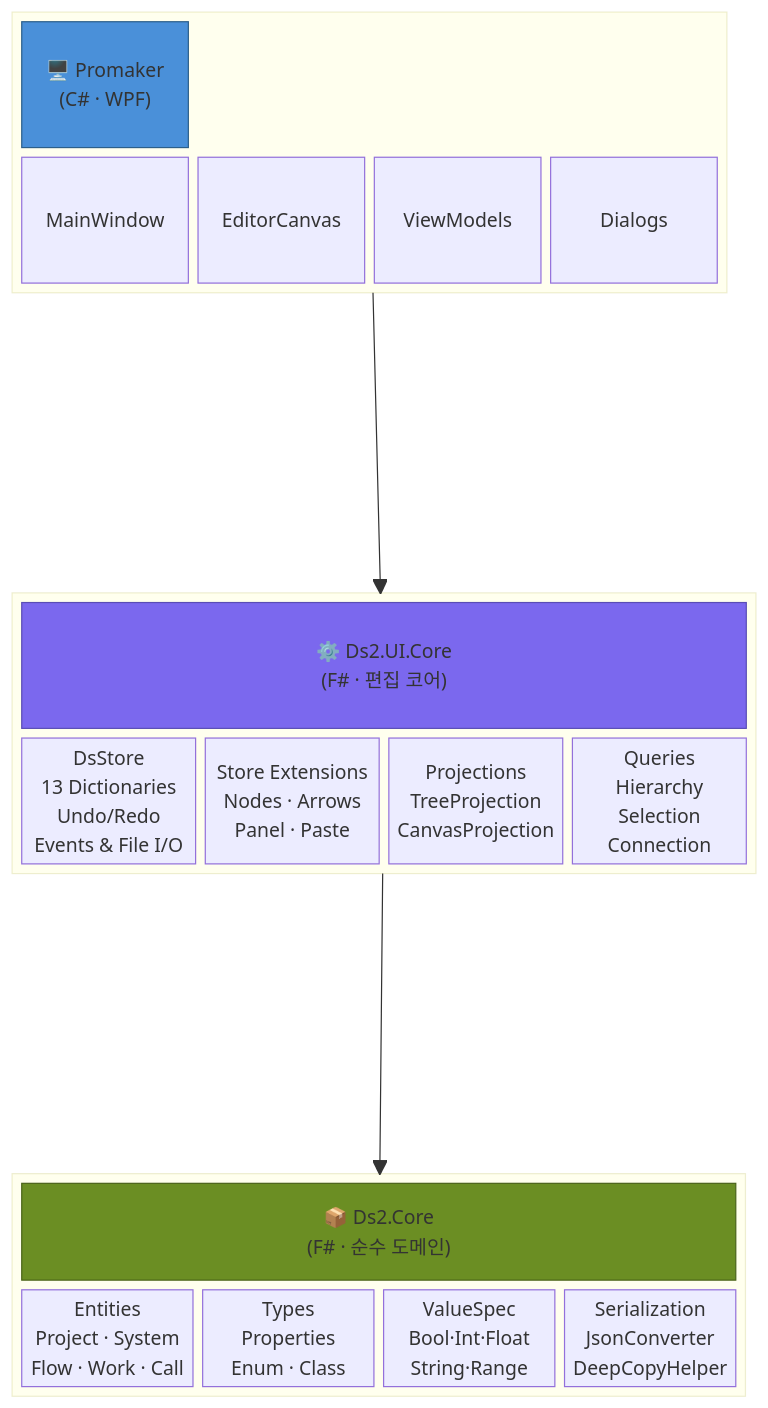
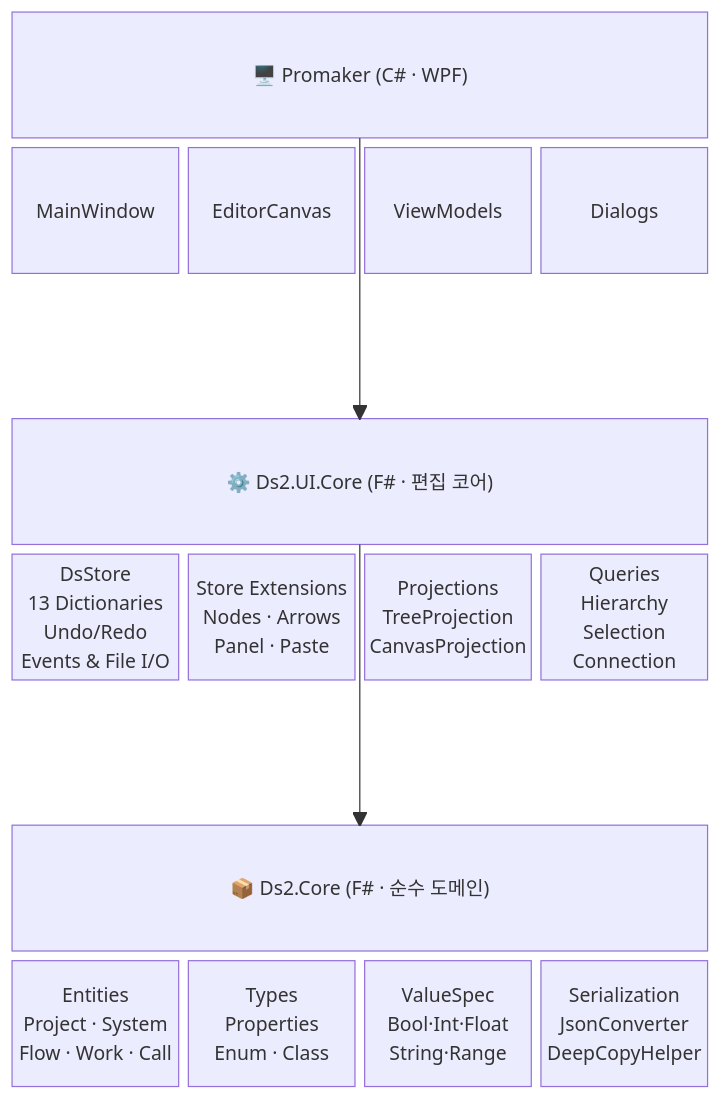
Before and after one commit to DualsoftDev/ds2: the second of 7 diagrams in README.md, drawn with Mermaid.

Commit message:
readme 깃허브 버그 대응

````diff
--- a/README.md
+++ b/README.md
@@ -43,39 +43,26 @@
 ```mermaid
 block-beta
-  columns 1
+  columns 4
 
-  block:UI
-    columns 4
-    UITITLE["🖥️ Promaker\n(C# · WPF)"]:4
-    MW["MainWindow"] EC["EditorCanvas"] VM["ViewModels"] DLG["Dialogs"]
-  end
+  UITITLE["🖥️ Promaker (C# · WPF)"]:4
+  MW["MainWindow"] EC["EditorCanvas"] VM["ViewModels"] DLG["Dialogs"]
 
-  space
+  space:4
 
-  block:UICORE
-    columns 4
-    UICORETITLE["⚙️ Ds2.UI.Core\n(F# · 편집 코어)"]:4
-    DS["DsStore\n13 Dictionaries\nUndo/Redo\nEvents & File I/O"]
-    ST["Store Extensions\nNodes · Arrows\nPanel · Paste"]
-    PJ["Projections\nTreeProjection\nCanvasProjection"]
-    QR["Queries\nHierarchy\nSelection\nConnection"]
-  end
+  UICORETITLE["⚙️ Ds2.UI.Core (F# · 편집 코어)"]:4
+  DS["DsStore\n13 Dictionaries\nUndo/Redo\nEvents & File I/O"]
+  ST["Store Extensions\nNodes · Arrows\nPanel · Paste"]
+  PJ["Projections\nTreeProjection\nCanvasProjection"]
+  QR["Queries\nHierarchy\nSelection\nConnection"]
 
-  space
+  space:4
 
-  block:CORE
-    columns 4
-    CORETITLE["📦 Ds2.Core\n(F# · 순수 도메인)"]:4
-    ENT["Entities\nProject · System\nFlow · Work · Call"]
-    TYP["Types\nProperties\nEnum · Class"]
-    VS["ValueSpec\nBool·Int·Float\nString·Range"]
-    SER["Serialization\nJsonConverter\nDeepCopyHelper"]
-  end
+  CORETITLE["📦 Ds2.Core (F# · 순수 도메인)"]:4
+  ENT["Entities\nProject · System\nFlow · Work · Call"]
+  TYP["Types\nProperties\nEnum · Class"]
+  VS["ValueSpec\nBool·Int·Float\nString·Range"]
+  SER["Serialization\nJsonConverter\nDeepCopyHelper"]
 
-  UI --> UICORE
-  UICORE --> CORE
-
-  style UITITLE fill:#4a90d9,color:#fff,stroke:#2c5f8a
-  style UICORETITLE fill:#7b68ee,color:#fff,stroke:#5a4db5
-  style CORETITLE fill:#6b8e23,color:#fff,stroke:#4a6319
+  UITITLE --> UICORETITLE
+  UICORETITLE --> CORETITLE
 ```
````
